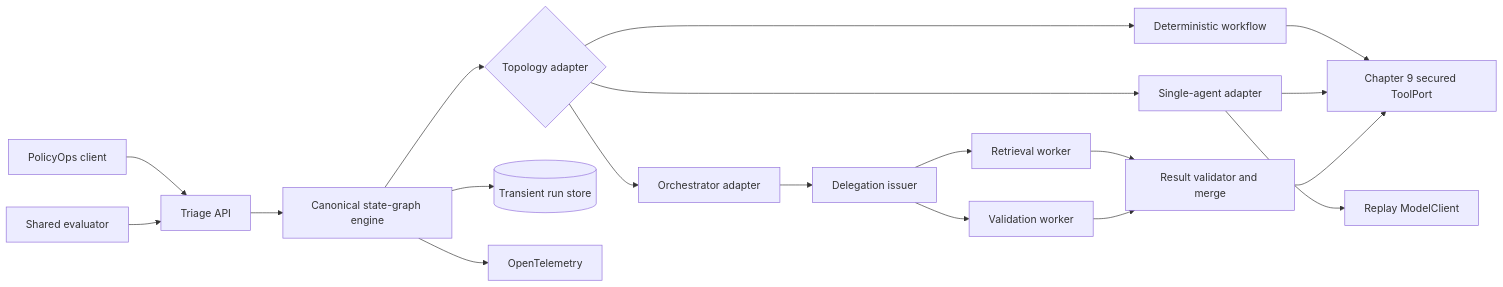
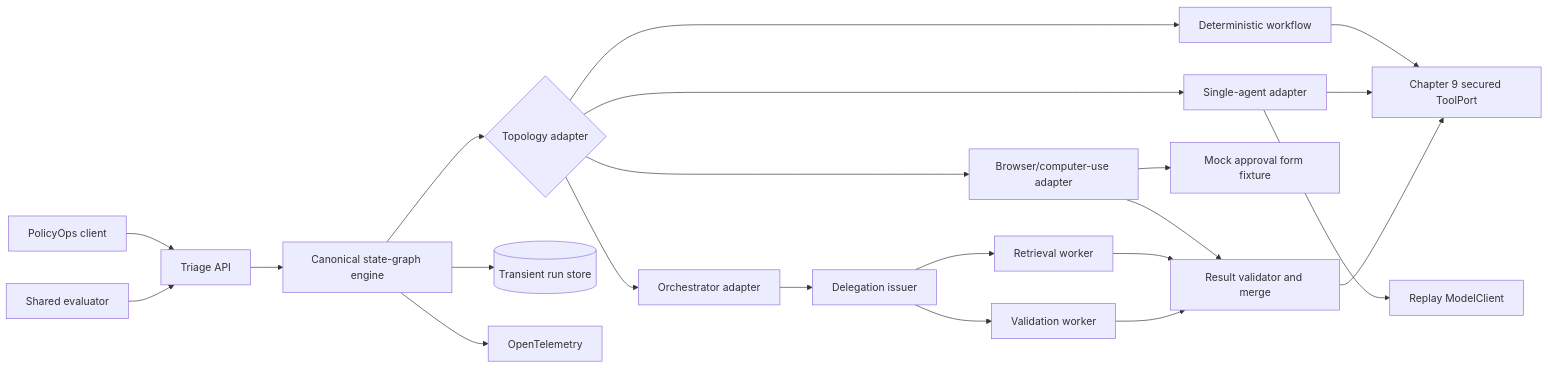
One commit to PacktPublishing/LLM-Design-Patterns-Second-Edition changed the first of 2 diagrams in docs/implementation-plans/chapters/ch10-bounded-orchestrator-worker/architecture.md. Above: the diagram before and after it, drawn with Mermaid. The commit also changed other lines of this file and 10 other files, not shown here.

````diff
--- a/docs/implementation-plans/chapters/ch10-bounded-orchestrator-worker/architecture.md
+++ b/docs/implementation-plans/chapters/ch10-bounded-orchestrator-worker/architecture.md
@@ -9,21 +9,24 @@
 ```mermaid
 flowchart LR
     Client[PolicyOps client] --> API[Triage API]
     API --> Engine[Canonical state-graph engine]
     Engine --> Select{Topology adapter}
     Select --> Flow[Deterministic workflow]
     Select --> Single[Single-agent adapter]
+    Select --> Browser[Browser/computer-use adapter]
     Select --> Orch[Orchestrator adapter]
     Single --> Model[Replay ModelClient]
+    Browser --> UI[Mock approval form fixture]
+    Browser --> Validate
     Orch --> Delegate[Delegation issuer]
     Delegate --> W1[Retrieval worker]
     Delegate --> W2[Validation worker]
     W1 --> Validate[Result validator and merge]
     W2 --> Validate
     Flow --> Tools[Chapter 9 secured ToolPort]
     Single --> Tools
     Validate --> Tools
     Engine --> Runs[(Transient run store)]
     Engine --> OTel[OpenTelemetry]
     Eval[Shared evaluator] --> API
 ```
````
